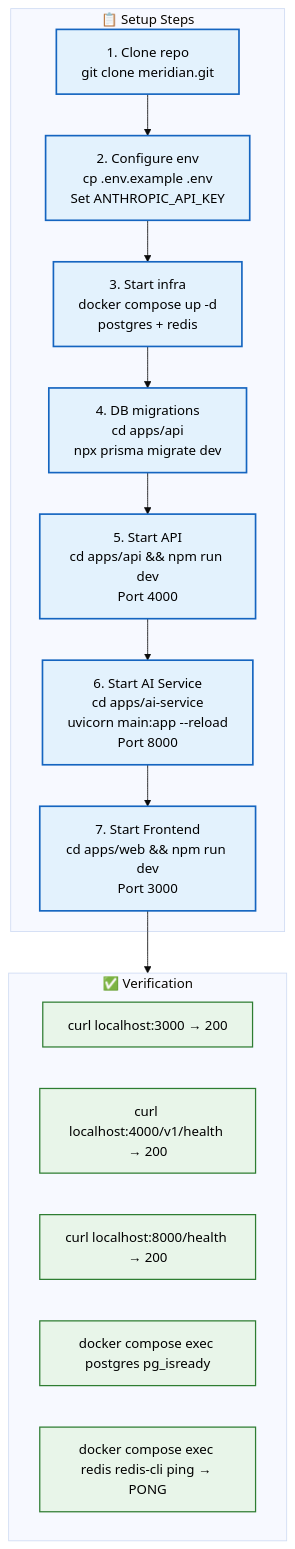
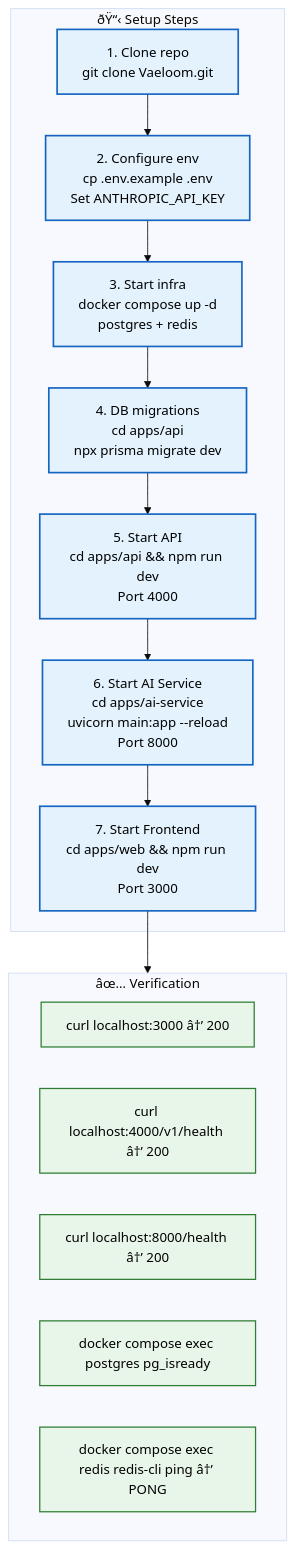
One commit to Driftloom/Vaeloom changed the diagram in Docs/Developer_Experience/Setup.md. Above: the diagram before and after it, drawn with Mermaid (base theme). The commit also changed other lines of this file and 249 other files, not shown here.

Commit message:
Rename all references from Meridian to Vaeloom across docs, scripts, and config

````diff
--- a/Docs/Developer_Experience/Setup.md
+++ b/Docs/Developer_Experience/Setup.md
@@ -12,28 +12,28 @@
 ```mermaid
 graph TD
     classDef step fill:#e3f2fd,stroke:#1565c0,color:#000,stroke-width:2px
     classDef verify fill:#e8f5e9,stroke:#2e7d32,color:#000,stroke-width:1.5px
 
-    subgraph Steps["📋 Setup Steps"]
-        S1["1. Clone repo<br/>git clone meridian.git"]
+    subgraph Steps["ðŸ“‹ Setup Steps"]
+        S1["1. Clone repo<br/>git clone Vaeloom.git"]
         S2["2. Configure env<br/>cp .env.example .env<br/>Set ANTHROPIC_API_KEY"]
         S3["3. Start infra<br/>docker compose up -d<br/>postgres + redis"]
         S4["4. DB migrations<br/>cd apps/api<br/>npx prisma migrate dev"]
         S5["5. Start API<br/>cd apps/api && npm run dev<br/>Port 4000"]
         S6["6. Start AI Service<br/>cd apps/ai-service<br/>uvicorn main:app --reload<br/>Port 8000"]
         S7["7. Start Frontend<br/>cd apps/web && npm run dev<br/>Port 3000"]
     end
 
-    subgraph Verify["✅ Verification"]
-        V1["curl localhost:3000 → 200"]
-        V2["curl localhost:4000/v1/health → 200"]
-        V3["curl localhost:8000/health → 200"]
+    subgraph Verify["âœ… Verification"]
+        V1["curl localhost:3000 â†’ 200"]
+        V2["curl localhost:4000/v1/health â†’ 200"]
+        V3["curl localhost:8000/health â†’ 200"]
         V4["docker compose exec postgres pg_isready"]
-        V5["docker compose exec redis redis-cli ping → PONG"]
+        V5["docker compose exec redis redis-cli ping â†’ PONG"]
     end
 
     S1 --> S2 --> S3 --> S4 --> S5 --> S6 --> S7 --> Verify
 
     class S1,S2,S3,S4,S5,S6,S7 step
     class V1,V2,V3,V4,V5 verify
 ```
````
